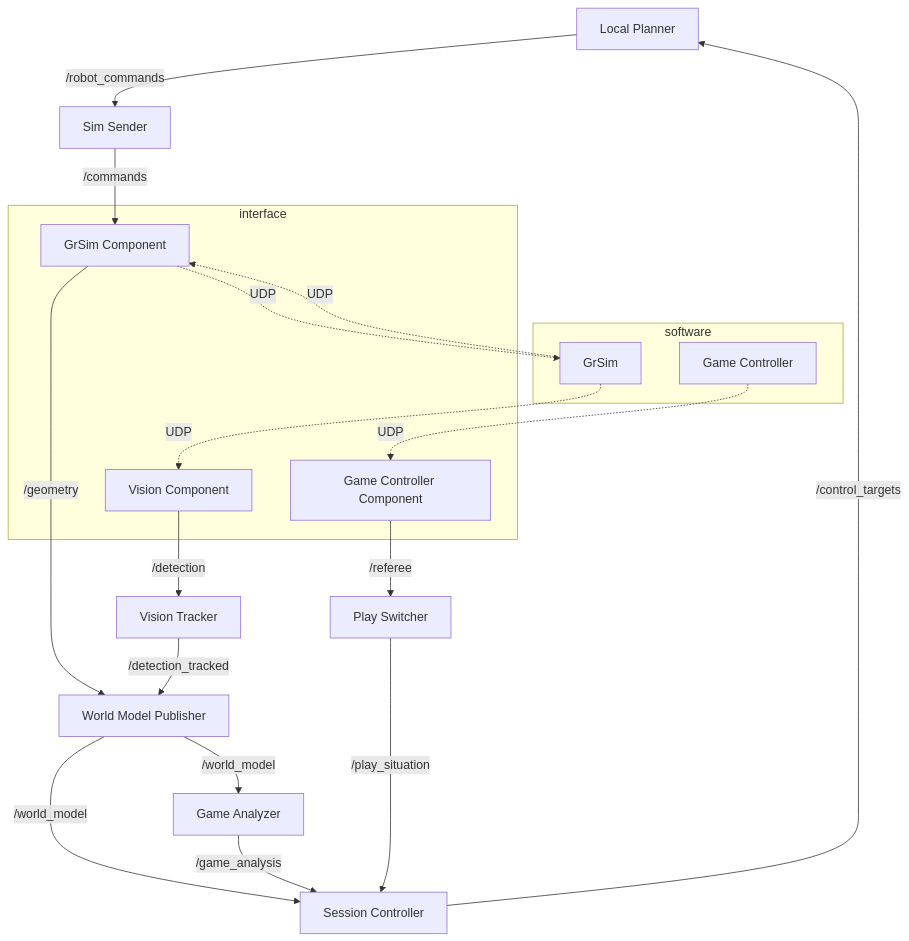
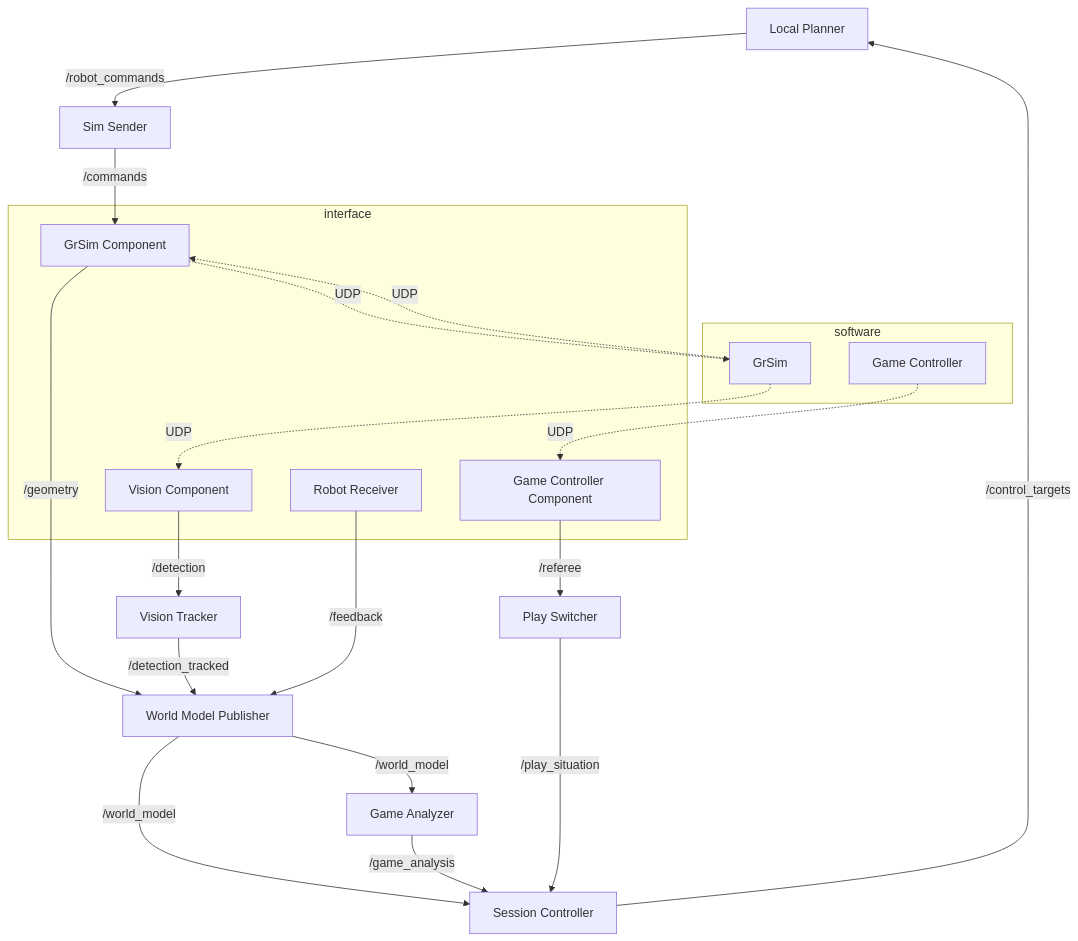
One commit to ibis-ssl/crane changed the first of 2 diagrams in docs/diagram.md. Above: the diagram before and after it, drawn with Mermaid. The commit also changed other lines of this file, not shown here.

````diff
--- a/docs/diagram.md
+++ b/docs/diagram.md
@@ -3,50 +3,49 @@
 ```mermaid
 graph TD
     LP[Local Planner]
     PS[Play Switcher]
     GA[Game Analyzer]
 
     subgraph interface
         VC[Vision Component]
         GrC[GrSim Component]
         GCC[Game Controller Component]
+        Receiver[Robot Receiver]
     end
 
     SC[Session Controller]
     SS[Sim Sender]
-
-
 
     VT[Vision Tracker]
     WP[World Model Publisher]
 
     subgraph software
         GrSim[GrSim]
         GC[Game Controller]
     end
 
     WP -- /world_model -->  SC
     WP -- /world_model -->  GA
     GA -- /game_analysis -->  SC
 
 
     GrC -. UDP .->  GrSim
 
     GrSim -. UDP .->  GrC
     GrC -- /geometry -->  WP
 
     GrSim -. UDP .->  VC
 
 
     VC -- /detection -->  VT
     VT -- /detection_tracked -->  WP
 
     GC -. UDP .->  GCC
     GCC -- /referee -->  PS
     PS -- /play_situation --> SC
     SC -- /control_targets --> LP
     LP -- /robot_commands -->  SS
     SS -- /commands -->  GrC
 
-
+    Receiver -- /feedback -->  WP
 ```
````
